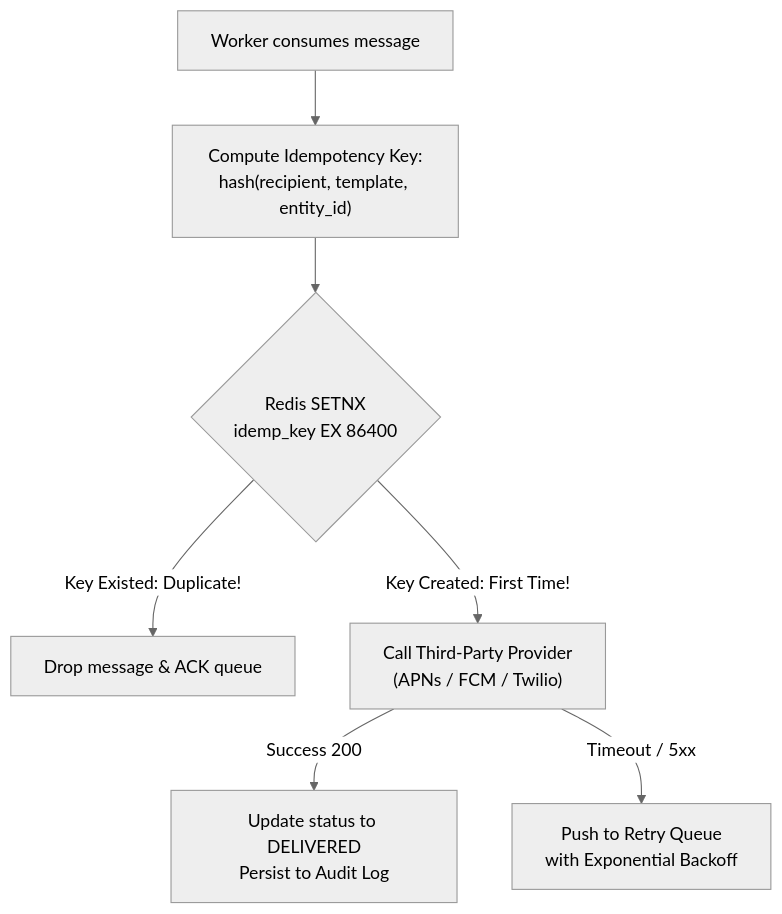
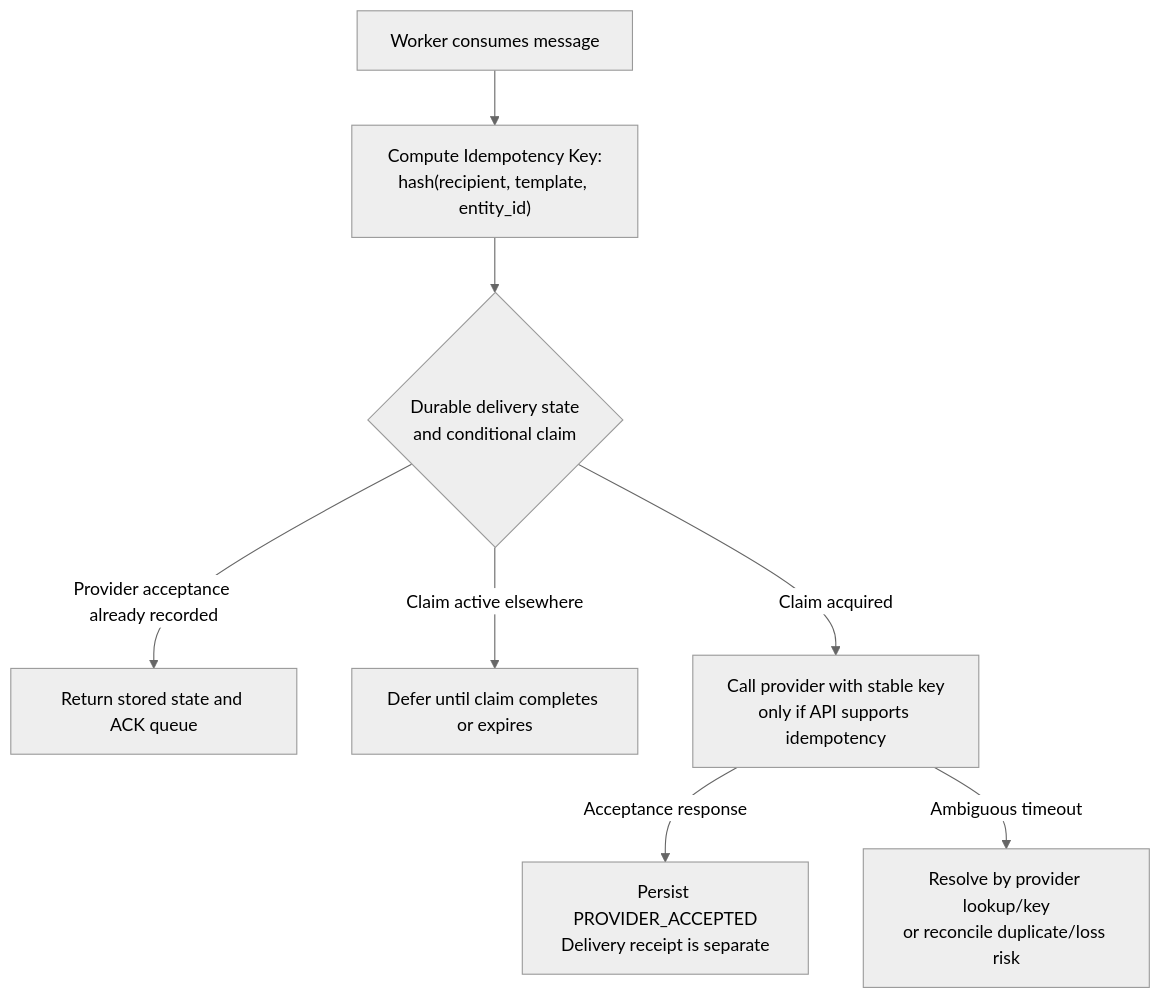
Before and after one commit to abhinnaagrawal/system-design-notes: the second of 4 diagrams in 10. Notification System/Readme.md, drawn with Mermaid (neutral theme). The commit also changed other lines of this file and 83 other files, not shown here.

````diff
--- a/10. Notification System/Readme.md
+++ b/10. Notification System/Readme.md
@@ -209,9 +213,10 @@
 ```mermaid
 flowchart TD
     A["Worker consumes message"] --> B["Compute Idempotency Key:<br/>hash(recipient, template, entity_id)"]
-    B --> C{"Redis SETNX<br/>idemp_key EX 86400"}
-    C -->|Key Existed: Duplicate!| D["Drop message & ACK queue"]
-    C -->|Key Created: First Time!| E["Call Third-Party Provider<br/>(APNs / FCM / Twilio)"]
-    E -->|Success 200| F["Update status to DELIVERED<br/>Persist to Audit Log"]
-    E -->|Timeout / 5xx| G["Push to Retry Queue<br/>with Exponential Backoff"]
+    B --> C{"Durable delivery state<br/>and conditional claim"}
+    C -->|Provider acceptance already recorded| D["Return stored state and ACK queue"]
+    C -->|Claim active elsewhere| H["Defer until claim completes or expires"]
+    C -->|Claim acquired| E["Call provider with stable key<br/>only if API supports idempotency"]
+    E -->|Acceptance response| F["Persist PROVIDER_ACCEPTED<br/>Delivery receipt is separate"]
+    E -->|Ambiguous timeout| G["Resolve by provider lookup/key<br/>or reconcile duplicate/loss risk"]
 ```
````
